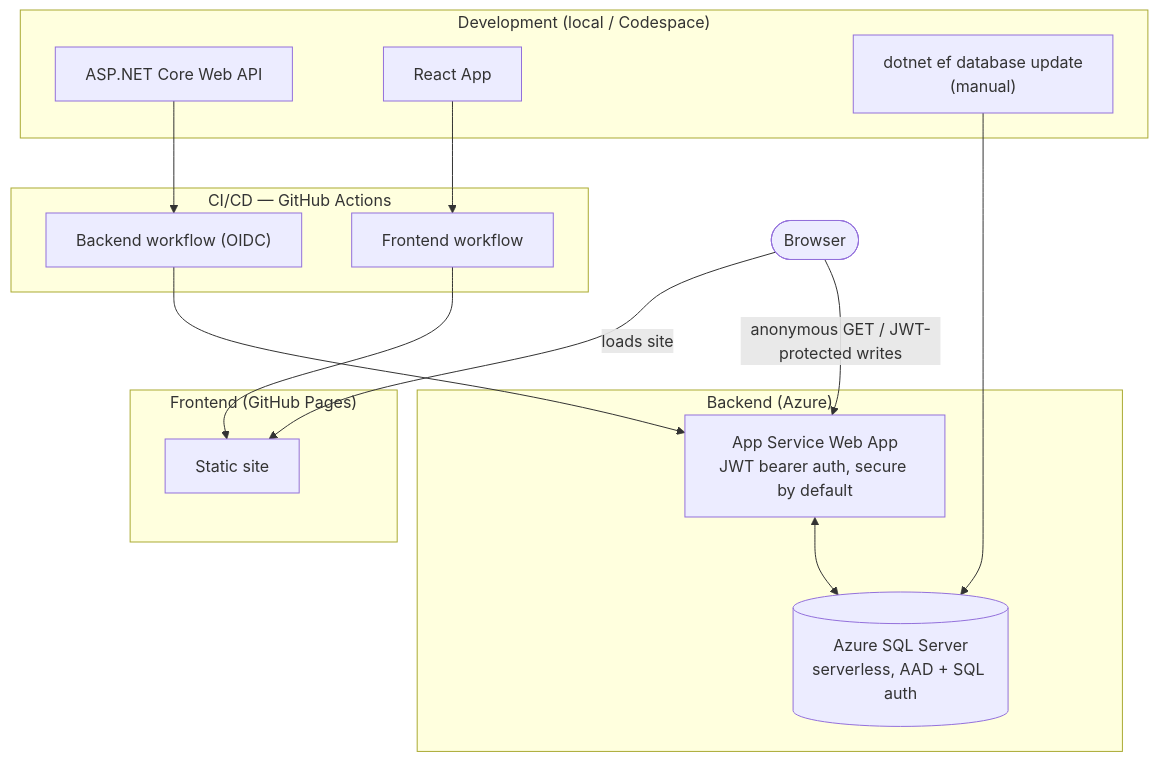
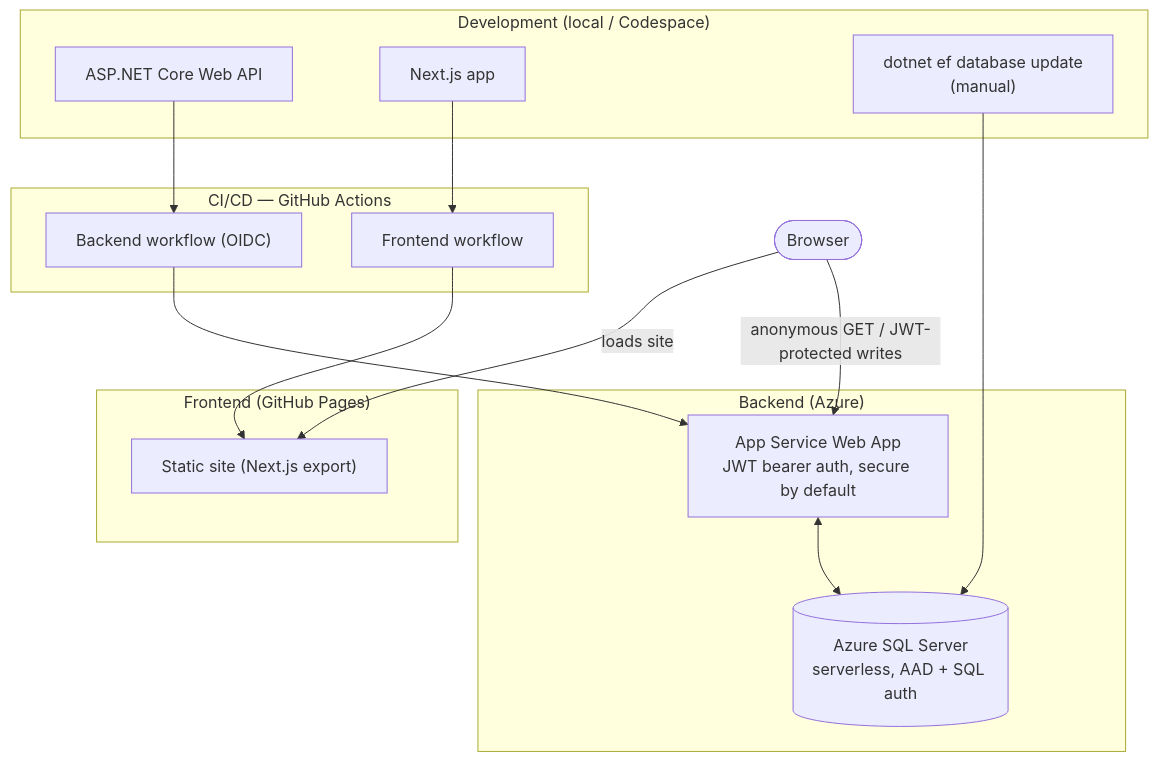
The diagram in README.md (ejmabunda/ejmabunda-web-api), drawn with Mermaid before and after one commit. The commit also changed other lines of this file and 2 other files, not shown here.

````diff
--- a/README.md
+++ b/README.md
@@ -27,32 +27,32 @@
 ```mermaid
 flowchart TB
     browser(["Browser"])
 
     subgraph frontend["Frontend (GitHub Pages)"]
-        pages["Static site"]
+        pages["Static site (Next.js export)"]
     end
 
     subgraph backend["Backend (Azure)"]
         appservice["App Service Web App<br/>JWT bearer auth, secure by default"]
         sql[("Azure SQL Server<br/>serverless, AAD + SQL auth")]
         appservice <--> sql
     end
 
     subgraph dev["Development (local / Codespace)"]
         api_src["ASP.NET Core Web API"]
-        web_src["React App"]
+        web_src["Next.js app"]
         migrate["dotnet ef database update<br/>(manual)"]
     end
 
     subgraph cicd["CI/CD — GitHub Actions"]
         backend_wf["Backend workflow (OIDC)"]
         frontend_wf["Frontend workflow"]
     end
 
     browser -->|loads site| pages
     browser -->|"anonymous GET / JWT-protected writes"| appservice
 
     api_src --> backend_wf --> appservice
     web_src --> frontend_wf --> pages
     migrate --> sql
 ```
````
